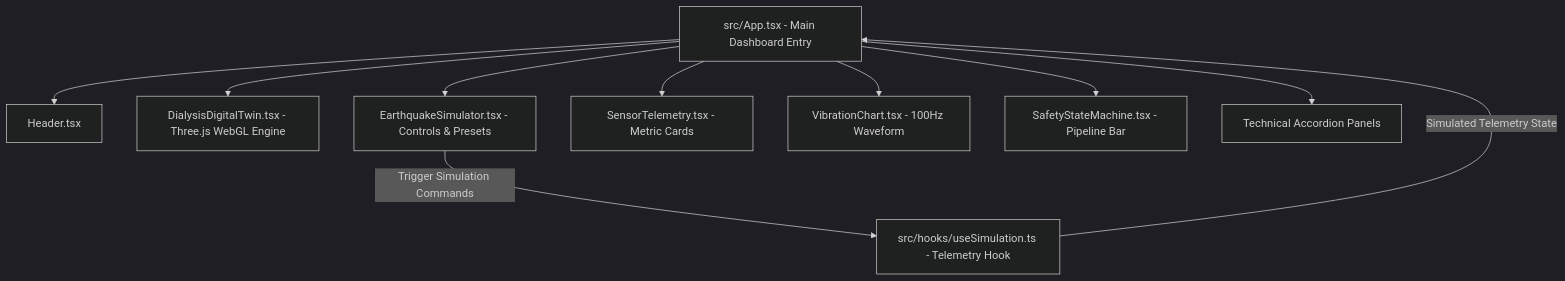
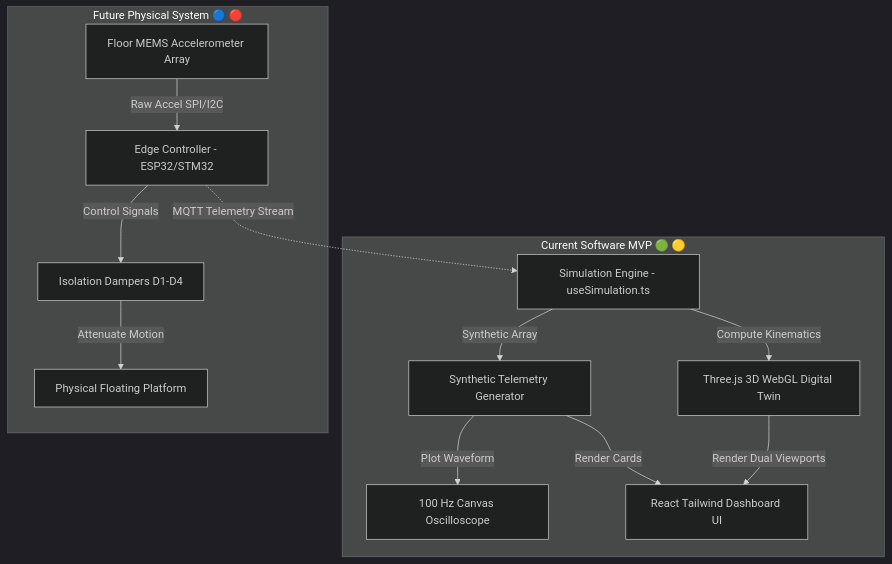
One commit to s-angad/earthquake_stablizer changed the diagram in README.md. Above: the diagram before and after it, drawn with Mermaid (dark theme). The commit also changed other lines of this file, not shown here.

````diff
--- a/README.md
+++ b/README.md
@@ -332,16 +277,28 @@
 ```mermaid
 flowchart TD
-    App[src/App.tsx - Main Dashboard Entry]
-    Hook[src/hooks/useSimulation.ts - Telemetry Hook]
-    
-    App --> Header[Header.tsx]
-    App --> Twin[DialysisDigitalTwin.tsx - Three.js WebGL Engine]
-    App --> Sim[EarthquakeSimulator.tsx - Controls & Presets]
-    App --> Telem[SensorTelemetry.tsx - Metric Cards]
-    App --> Chart[VibrationChart.tsx - 100Hz Waveform]
-    App --> State[SafetyStateMachine.tsx - Pipeline Bar]
-    App --> Accordion[Technical Accordion Panels]
+    subgraph Current_Software_MVP [Current Software MVP 🟢 🟡]
+        Sim[Simulation Engine - useSimulation.ts]
+        Twin[Three.js 3D WebGL Digital Twin]
+        Telem[Synthetic Telemetry Generator]
+        Wave[100 Hz Canvas Oscilloscope]
+        UI[React Tailwind Dashboard UI]
+        
+        Sim -->|Compute Kinematics| Twin
+        Sim -->|Synthetic Array| Telem
+        Telem -->|Plot Waveform| Wave
+        Twin -->|Render Dual Viewports| UI
+        Telem -->|Render Cards| UI
+    end
 
-    Hook -->|Simulated Telemetry State| App
-    Sim -->|Trigger Simulation Commands| Hook
+    subgraph Future_Hardware_System [Future Physical System 🔵 🔴]
+        MEMS[Floor MEMS Accelerometer Array]
+        MCU[Edge Controller - ESP32/STM32]
+        ACT[Isolation Dampers D1-D4]
+        PLAT[Physical Floating Platform]
+        
+        MEMS -->|Raw Accel SPI/I2C| MCU
+        MCU -->|Control Signals| ACT
+        ACT -->|Attenuate Motion| PLAT
+        MCU -.->|MQTT Telemetry Stream| Sim
+    end
 ```
````
